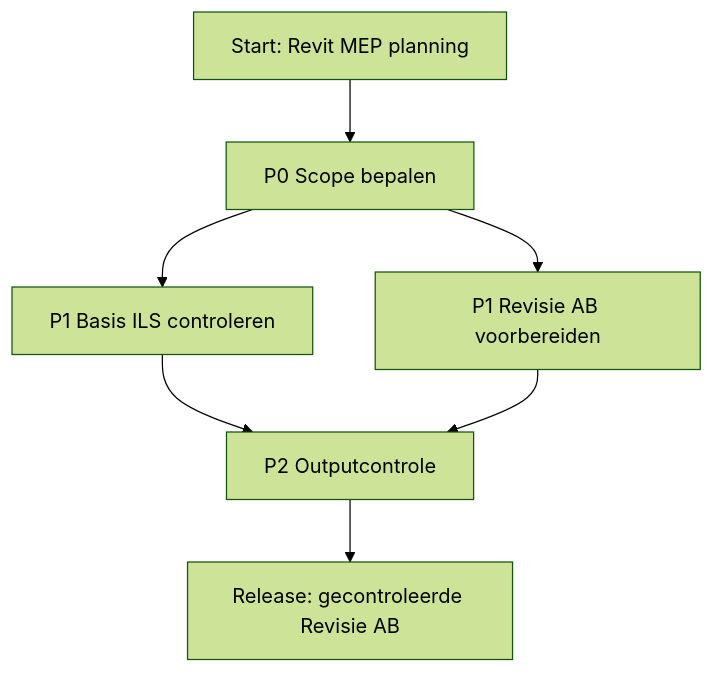
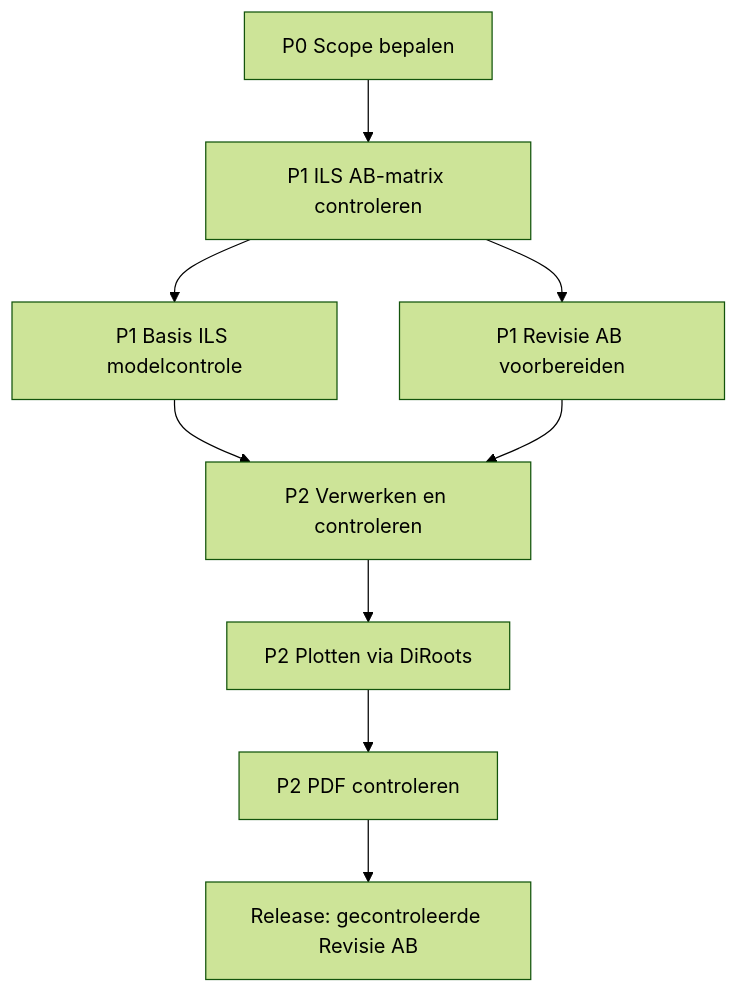
One commit to taffies-nomad-76/revit-mep changed the diagram in ROADMAP.md. Above: the diagram before and after it, drawn with Mermaid (forest theme). The commit also changed other lines of this file, not shown here.

Commit message:
Update roadmap with AB ILS matrix phase

````diff
--- a/ROADMAP.md
+++ b/ROADMAP.md
@@ -16,9 +18,11 @@
 ```mermaid
 flowchart TD
-    A[Start: Revit MEP planning] --> B[P0 Scope bepalen]
-    B --> C[P1 Basis ILS controleren]
+    A[P0 Scope bepalen] --> B[P1 ILS AB-matrix controleren]
+    B --> C[P1 Basis ILS modelcontrole]
     B --> D[P1 Revisie AB voorbereiden]
-    C --> E[P2 Outputcontrole]
+    C --> E[P2 Verwerken en controleren]
     D --> E
-    E --> F[Release: gecontroleerde Revisie AB]
+    E --> F[P2 Plotten via DiRoots]
+    F --> G[P2 PDF controleren]
+    G --> H[Release: gecontroleerde Revisie AB]
 ```
````
